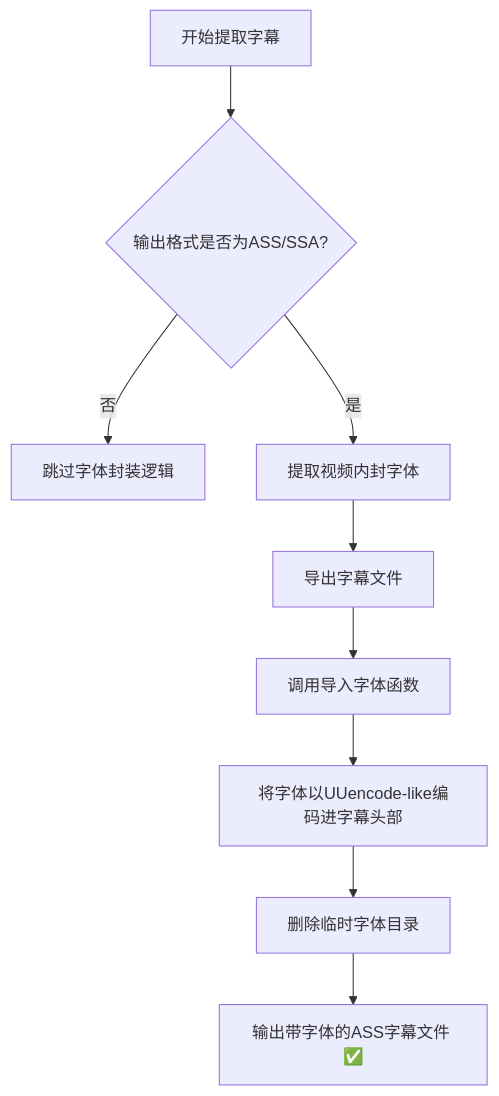
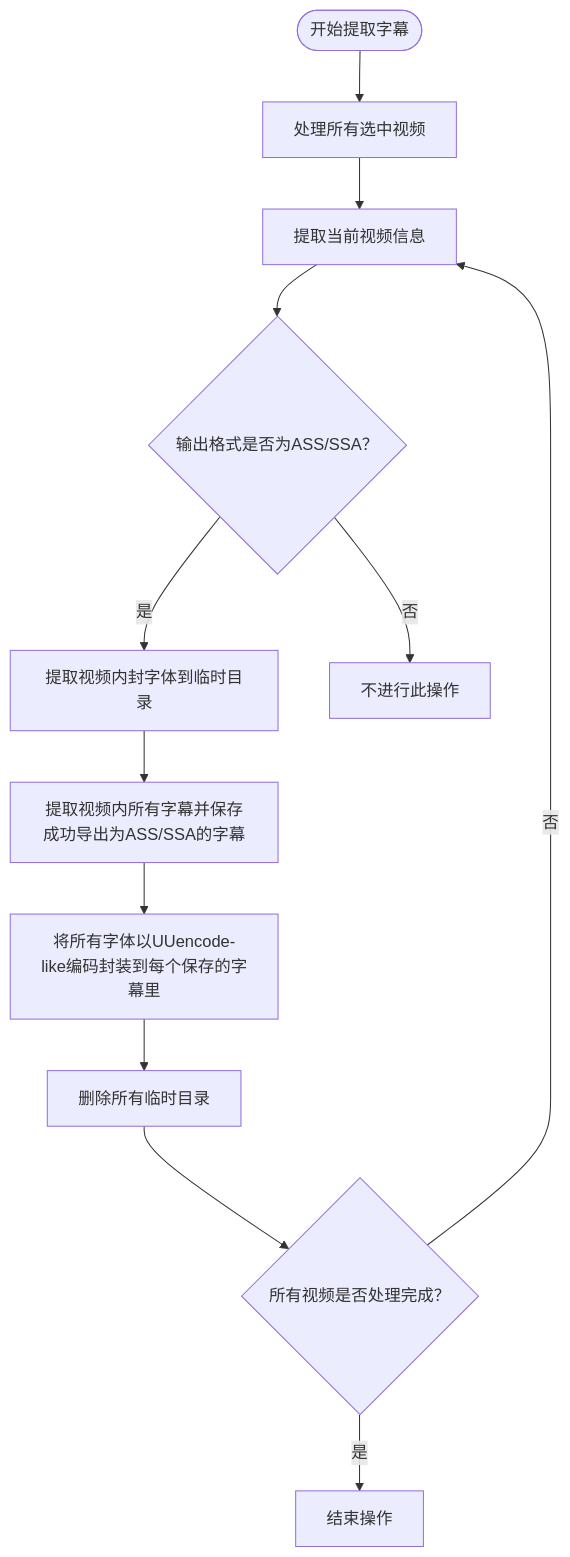
The first of 4 diagrams in README.md (TCBOMC/Subtitle-Exporter), drawn with Mermaid before and after one commit.

Commit message:
Revise flowchart for subtitle extraction process
Updated the flowchart to reflect the new subtitle extraction process and added details about handling fonts.

````diff
--- a/README.md
+++ b/README.md
@@ -69,11 +69,15 @@
     ```mermaid
     flowchart TD
-    A[开始提取字幕] --> B{输出格式是否为ASS/SSA?}
-    B -- 否 --> Z[跳过字体封装逻辑]
-    B -- 是 --> C[提取视频内封字体]
-    C --> D[导出字幕文件]
-    D --> E[调用导入字体函数]
-    E --> F[将字体以UUencode-like编码进字幕头部]
-    F --> G[删除临时字体目录]
-    G --> H[输出带字体的ASS字幕文件 ✅]
+    A(["开始提取字幕"]) --> B["处理所有选中视频"]
+    C{"输出格式是否为ASS/SSA？"} -- 是 --> D["提取视频内封字体到临时目录"]
+    C -- 否 --> E["不进行此操作"]
+    B --> n1["提取当前视频信息"]
+    n1 --> C
+    D --> n2["提取视频内所有字幕并保存成功导出为ASS/SSA的字幕"]
+    n2 --> n3["将所有字体以UUencode-like编码封装到每个保存的字幕里"]
+    n3 --> n4["删除所有临时目录"]
+    n4 --> n5["所有视频是否处理完成？"]
+    n5 -- 是 --> n6["结束操作"]
+    n5 -- 否 --> n1
+    n5@{ shape: diam}
     ```
````
